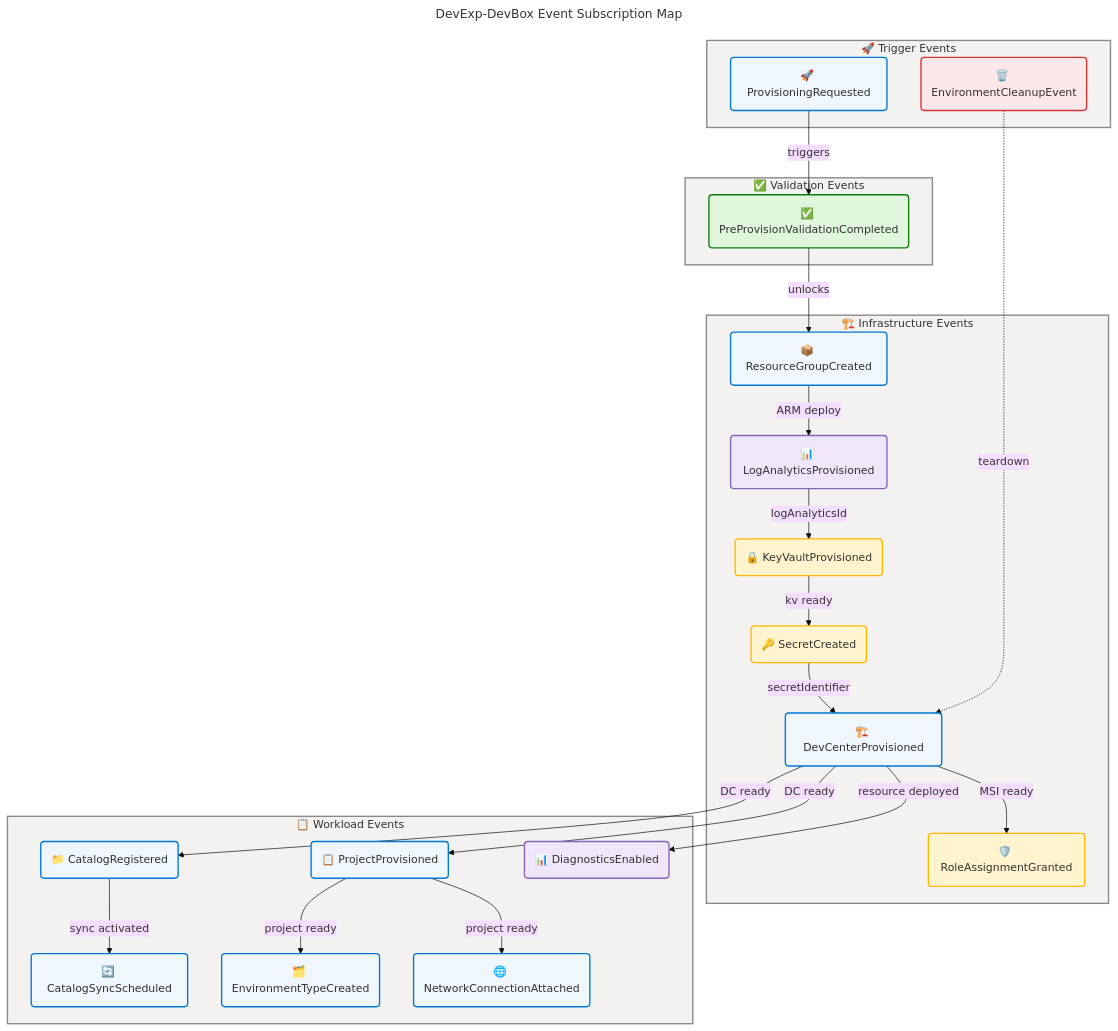
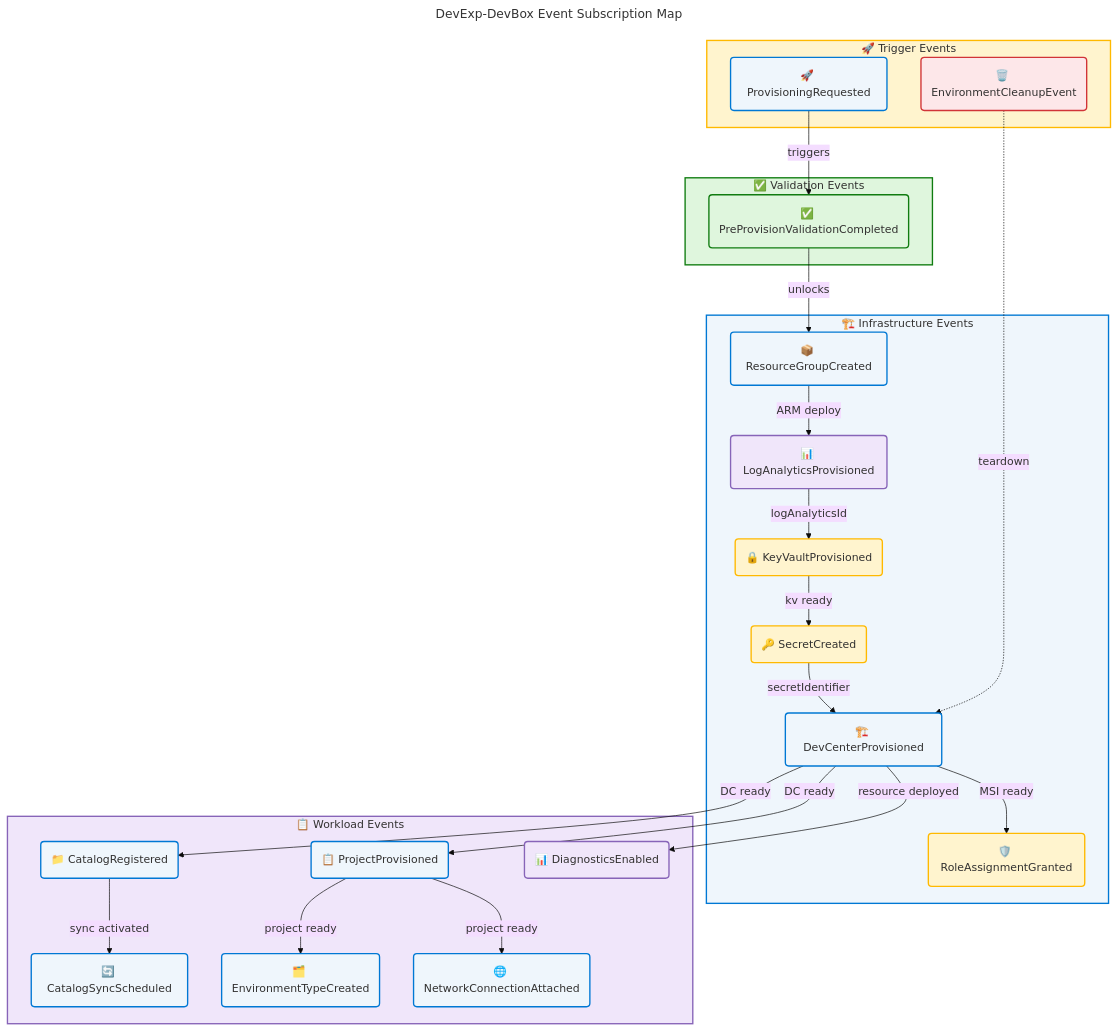
The seventh of 7 diagrams in docs/architecture/application-architecture.md (Evilazaro/DevExp-DevBox), drawn with Mermaid before and after one commit. The commit also changed other lines of this file and 1 other file, not shown here.

Commit message:
refactor: Update Mermaid diagram styles for improved visual clarity in application architecture documentation

````diff
--- a/docs/architecture/application-architecture.md
+++ b/docs/architecture/application-architecture.md
@@ -1457,80 +1469,80 @@
 ```mermaid
 ---
 title: "DevExp-DevBox Event Subscription Map"
 config:
   theme: base
   look: classic
   layout: dagre
   themeVariables:
     fontSize: '16px'
   flowchart:
     htmlLabels: true
 ---
 flowchart TB
     accTitle: DevExp-DevBox Event Subscription Map
     accDescr: Lifecycle events and their propagation through the provisioning pipeline
 
 %% ═══════════════════════════════════════════════════════════════════════════
 %% AZURE / FLUENT ARCHITECTURE PATTERN v1.1
 %% (Semantic + Structural + Font + Accessibility Governance)
 %% ═══════════════════════════════════════════════════════════════════════════
 %% PHASE 1 - FLUENT UI: All styling uses approved Fluent UI palette only
 %% PHASE 2 - GROUPS: Every subgraph has semantic color via style directive
 %% PHASE 3 - COMPONENTS: Every node has semantic classDef + icon prefix
 %% PHASE 4 - ACCESSIBILITY: accTitle/accDescr present, WCAG AA contrast
 %% PHASE 5 - STANDARD: Governance block present, classDefs centralized
 %% ═══════════════════════════════════════════════════════════════════════════
 
     subgraph TriggerEvts["🚀 Trigger Events"]
         EvtPR("🚀 ProvisioningRequested"):::core
         EvtClean("🗑️ EnvironmentCleanupEvent"):::danger
     end
 
     subgraph ValidationEvts["✅ Validation Events"]
         EvtVal("✅ PreProvisionValidationCompleted"):::success
     end
 
     subgraph InfraEvts["🏗️ Infrastructure Events"]
         EvtRG("📦 ResourceGroupCreated"):::core
         EvtLA("📊 LogAnalyticsProvisioned"):::data
         EvtKV("🔒 KeyVaultProvisioned"):::warning
         EvtSec("🔑 SecretCreated"):::warning
         EvtDC("🏗️ DevCenterProvisioned"):::core
         EvtRBAC("🛡️ RoleAssignmentGranted"):::warning
     end
 
     subgraph WorkloadEvts["📋 Workload Events"]
         EvtCat("📁 CatalogRegistered"):::core
         EvtSync("🔄 CatalogSyncScheduled"):::core
         EvtProj("📋 ProjectProvisioned"):::core
         EvtEnv("🗂️ EnvironmentTypeCreated"):::core
         EvtNet("🌐 NetworkConnectionAttached"):::core
         EvtDiag("📊 DiagnosticsEnabled"):::data
     end
 
     EvtPR -->|"triggers"| EvtVal
     EvtVal -->|"unlocks"| EvtRG
     EvtRG -->|"ARM deploy"| EvtLA
     EvtLA -->|"logAnalyticsId"| EvtKV
     EvtKV -->|"kv ready"| EvtSec
     EvtSec -->|"secretIdentifier"| EvtDC
     EvtDC -->|"MSI ready"| EvtRBAC
     EvtDC -->|"DC ready"| EvtCat
     EvtCat -->|"sync activated"| EvtSync
     EvtDC -->|"DC ready"| EvtProj
     EvtProj -->|"project ready"| EvtEnv
     EvtProj -->|"project ready"| EvtNet
     EvtDC -->|"resource deployed"| EvtDiag
     EvtClean -.->|"teardown"| EvtDC
 
-    style TriggerEvts fill:#F3F2F1,stroke:#8A8886,stroke-width:2px,color:#323130
-    style ValidationEvts fill:#F3F2F1,stroke:#8A8886,stroke-width:2px,color:#323130
-    style InfraEvts fill:#F3F2F1,stroke:#8A8886,stroke-width:2px,color:#323130
-    style WorkloadEvts fill:#F3F2F1,stroke:#8A8886,stroke-width:2px,color:#323130
+    style TriggerEvts fill:#FFF4CE,stroke:#FFB900,stroke-width:2px,color:#323130
+    style ValidationEvts fill:#DFF6DD,stroke:#107C10,stroke-width:2px,color:#323130
+    style InfraEvts fill:#EFF6FC,stroke:#0078D4,stroke-width:2px,color:#323130
+    style WorkloadEvts fill:#F0E6FA,stroke:#8764B8,stroke-width:2px,color:#323130
 
     classDef core fill:#EFF6FC,stroke:#0078D4,stroke-width:2px,color:#323130
     classDef success fill:#DFF6DD,stroke:#107C10,stroke-width:2px,color:#323130
     classDef warning fill:#FFF4CE,stroke:#FFB900,stroke-width:2px,color:#323130
     classDef danger fill:#FDE7E9,stroke:#D13438,stroke-width:2px,color:#323130
     classDef data fill:#F0E6FA,stroke:#8764B8,stroke-width:2px,color:#323130
 ```
````
